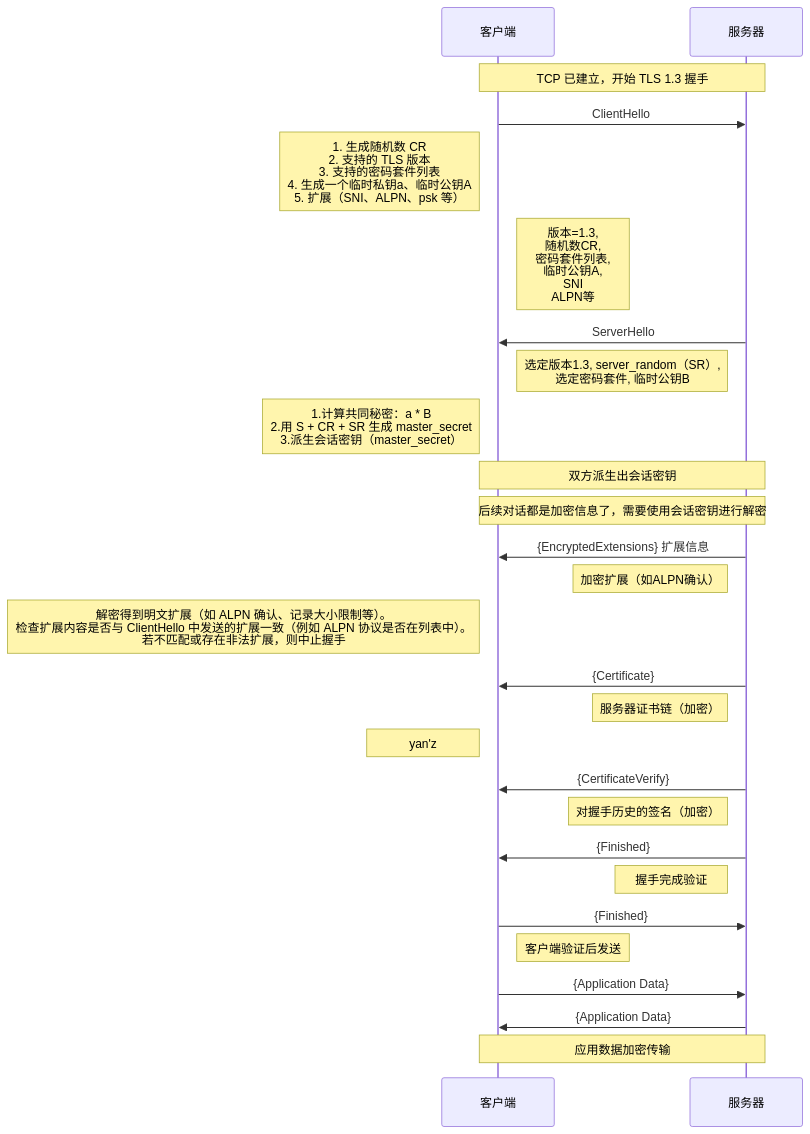
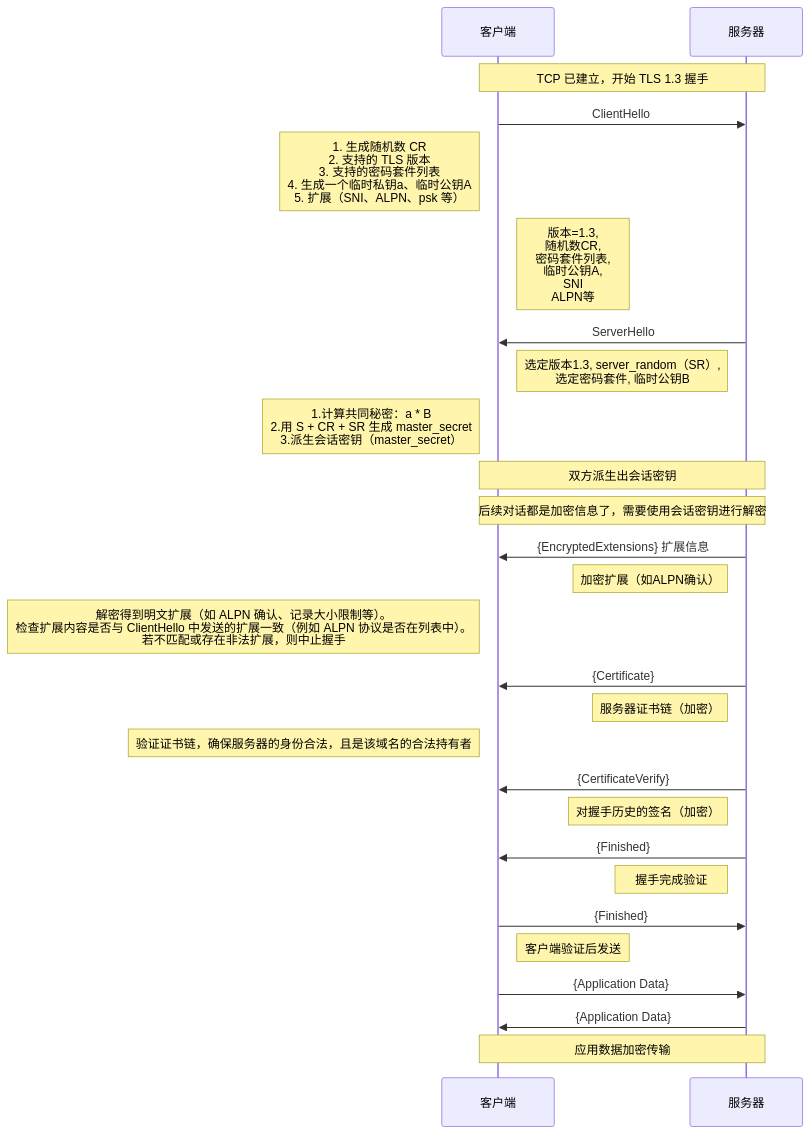
The diagram in all/TLS-1.3-通用.md (HY-10-8/iodraw-files), drawn with Mermaid before and after one commit.

Commit message:
2026-03-30 18:53:11 update

````diff
--- a/all/TLS-1.3-通用.md
+++ b/all/TLS-1.3-通用.md
@@ -1,39 +1,39 @@
 ```mermaid
 sequenceDiagram
     participant C as 客户端
     participant S as 服务器
 
     Note over C,S: TCP 已建立，开始 TLS 1.3 握手
 
     C->>S: ClientHello
     Note left of C: 1. 生成随机数 CR<br/> 2. 支持的 TLS 版本<br/> 3. 支持的密码套件列表<br/> 4. 生成一个临时私钥a、临时公钥A<br/> 5. 扩展（SNI、ALPN、psk 等）
     Note right of C: 版本=1.3,<br/> 随机数CR,<br/> 密码套件列表,<br/> 临时公钥A,<br/> SNI<br/> ALPN等
 
     S->>C: ServerHello
     Note left of S: 选定版本1.3, server_random（SR）,<br/> 选定密码套件, 临时公钥B
     Note left of C: 1.计算共同秘密：a * B<br/> 2.用 S + CR + SR 生成 master_secret<br/> 3.派生会话密钥（master_secret）
 
     Note over C,S: 双方派生出会话密钥
     Note over C,S: 后续对话都是加密信息了，需要使用会话密钥进行解密
 
     S->>C: {EncryptedExtensions} 扩展信息
     Note left of S: 加密扩展（如ALPN确认）
     Note left of C: 解密得到明文扩展（如 ALPN 确认、记录大小限制等）。<br/>检查扩展内容是否与 ClientHello 中发送的扩展一致（例如 ALPN 协议是否在列表中）。<br/> 若不匹配或存在非法扩展，则中止握手
 
     S->>C: {Certificate}
     Note left of S: 服务器证书链（加密）
-    Note left of C: yan'z
+    Note left of C: 验证证书链，确保服务器的身份合法，且是该域名的合法持有者
 
     S->>C: {CertificateVerify}
     Note left of S: 对握手历史的签名（加密）
 
     S->>C: {Finished}
     Note left of S: 握手完成验证
 
     C->>S: {Finished}
     Note right of C: 客户端验证后发送
 
     C->>S: {Application Data}
     S->>C: {Application Data}
     Note over C,S: 应用数据加密传输
 ```
````
